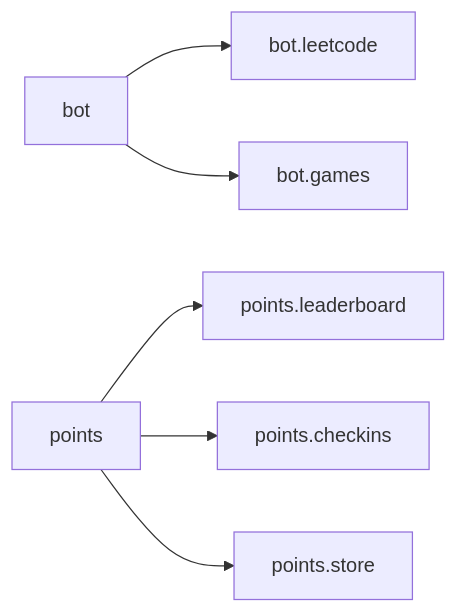
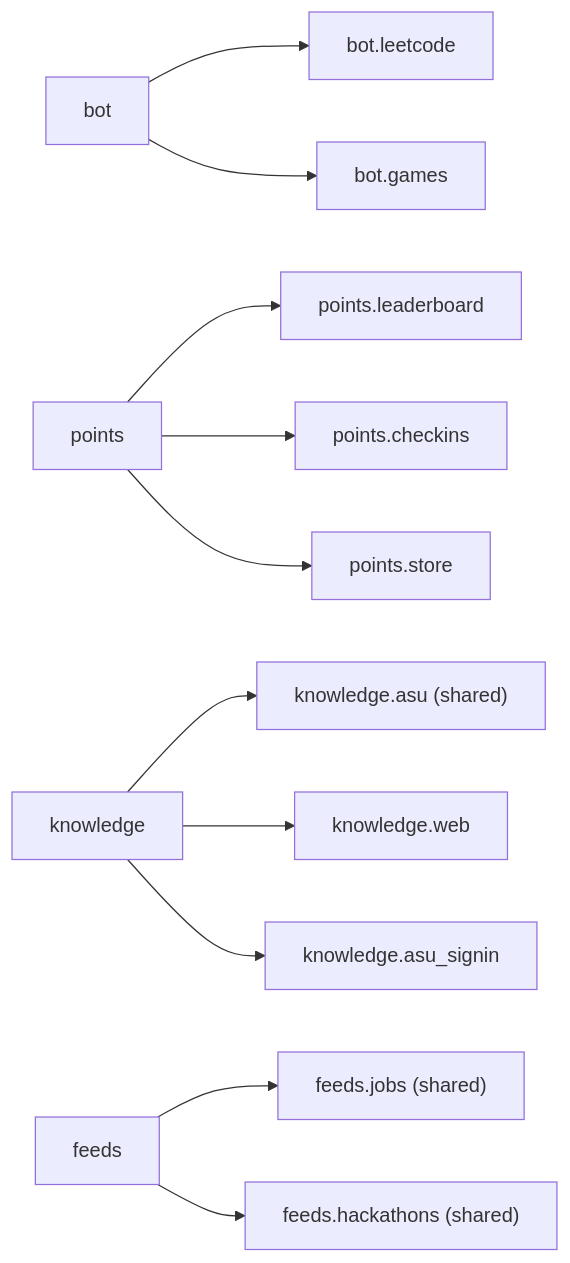
The diagram in modules/README.md (asusoda/platform), drawn with Mermaid before and after one commit. The commit also changed other lines of this file and 187 other files, not shown here.

First line of the commit message:
Move shared content into knowledge and feeds sub-modules (#606)

````diff
--- a/modules/README.md
+++ b/modules/README.md
@@ -9,8 +9,13 @@
 ```mermaid
 flowchart LR
   bot --> leetcode[bot.leetcode]
   bot --> games[bot.games]
   points --> leaderboard[points.leaderboard]
   points --> checkins[points.checkins]
   points --> store[points.store]
+  knowledge --> asu["knowledge.asu (shared)"]
+  knowledge --> web[knowledge.web]
+  knowledge --> signin[knowledge.asu_signin]
+  feeds --> jobs["feeds.jobs (shared)"]
+  feeds --> hackathons["feeds.hackathons (shared)"]
 ```
````
